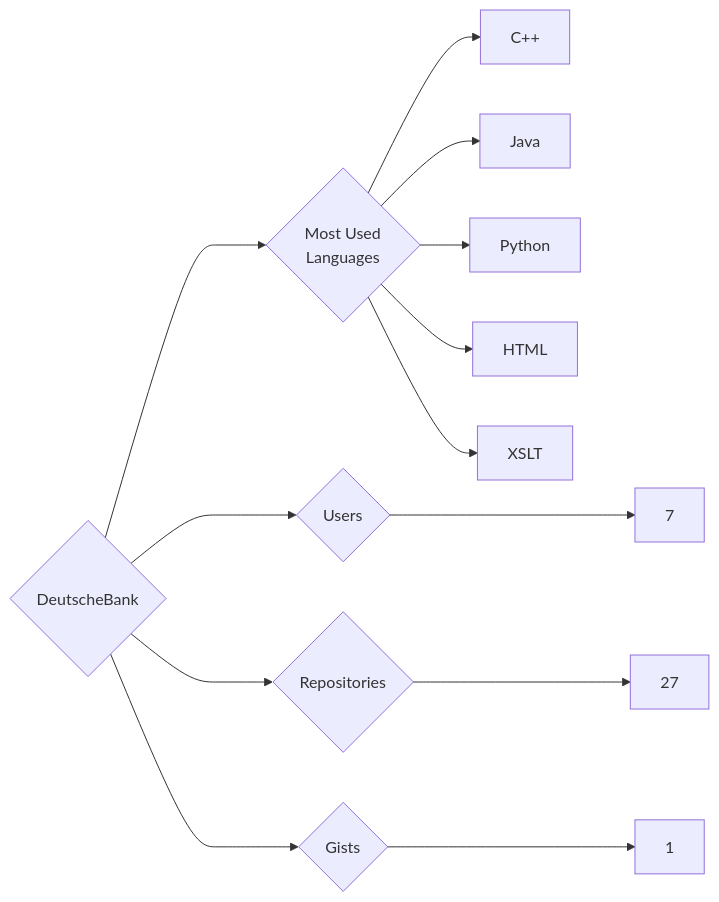
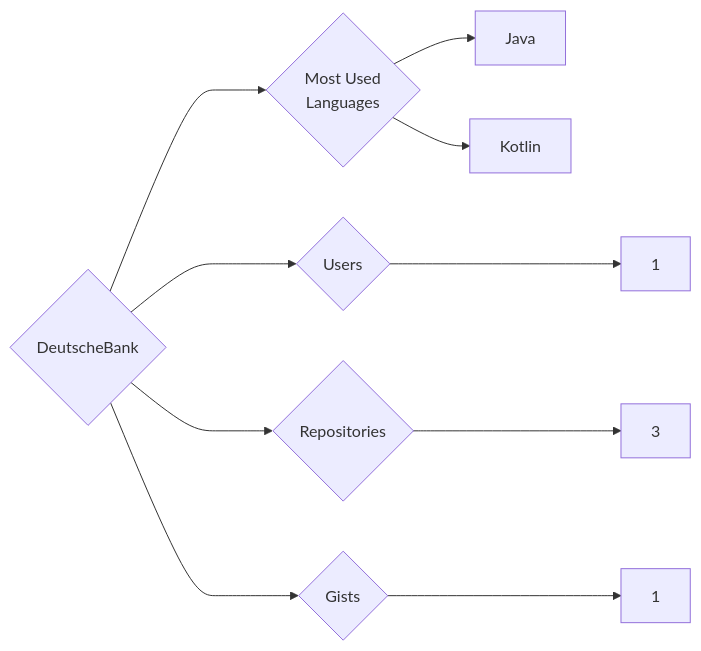
The diagram in targets/DeutscheBank/README.md (trickest/insiders), drawn with Mermaid before and after one commit. The commit also changed 1003 other files, not shown here.

````diff
--- a/targets/DeutscheBank/README.md
+++ b/targets/DeutscheBank/README.md
@@ -3,13 +3,10 @@
 ```mermaid
 graph LR
 COMPANY_NAME{DeutscheBank}
-COMPANY_NAME ---> U{Users} ---> UN[7]
-COMPANY_NAME ---> R{Repositories} ---> RN[27]
+COMPANY_NAME ---> U{Users} ---> UN[1]
+COMPANY_NAME ---> R{Repositories} ---> RN[3]
 COMPANY_NAME ---> G{Gists} ---> GN[1]
 COMPANY_NAME ---> ML{Most Used<br>Languages}
-ML --> C++[C++]
 ML --> Java[Java]
-ML --> Python[Python]
-ML --> HTML[HTML]
-ML --> XSLT[XSLT]
+ML --> Kotlin[Kotlin]
 ```
````
